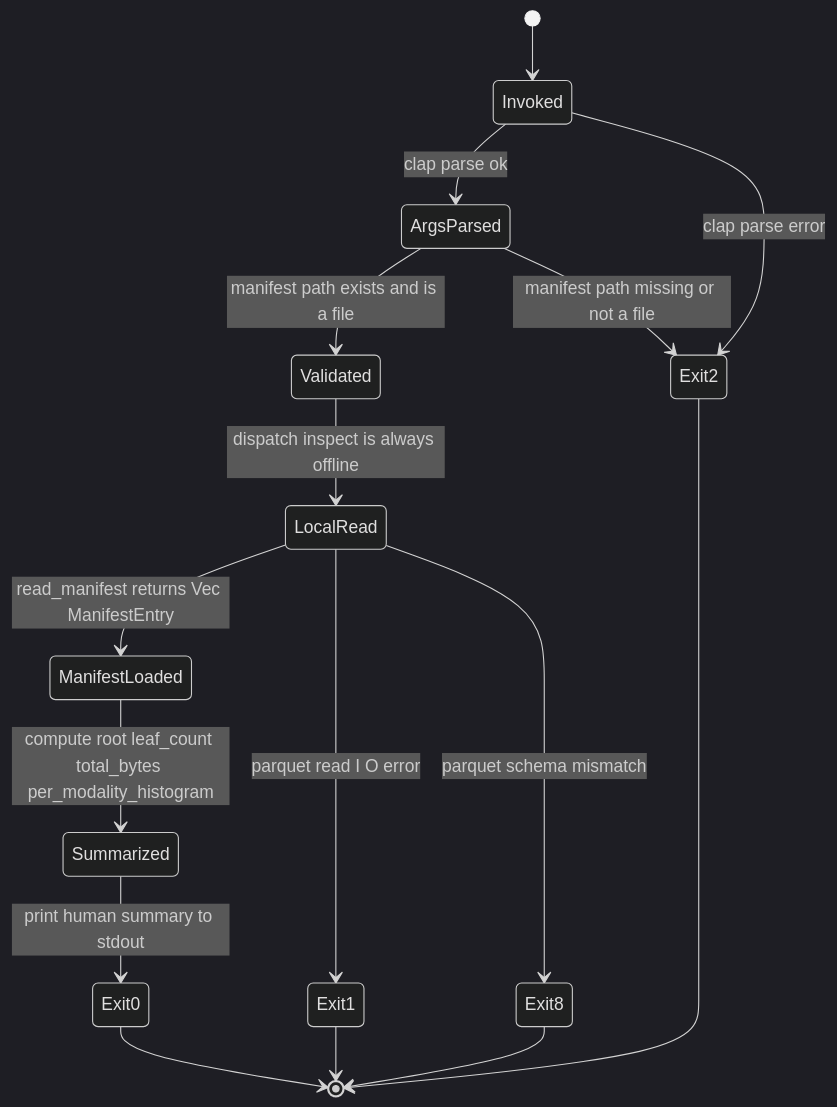
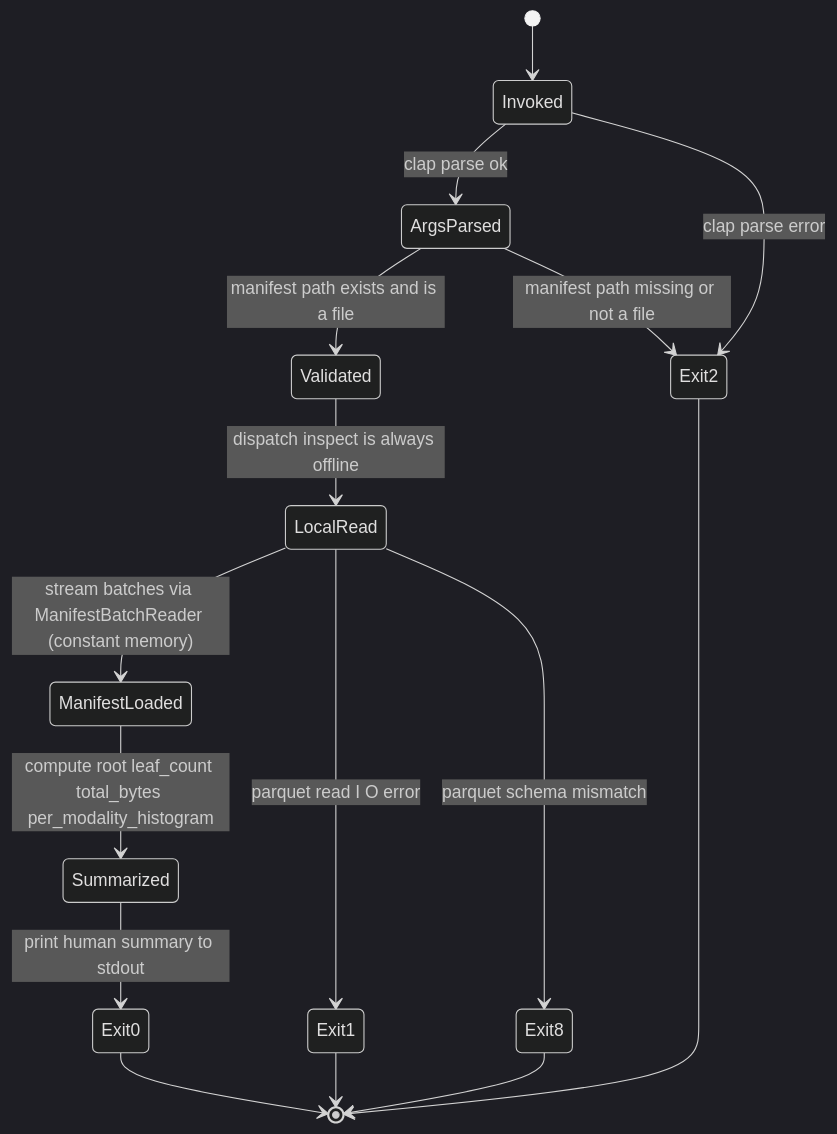
Before and after one commit to Attestrum/Attestrum: the diagram in docs/diagrams/sprint-3/attestrum-inspect-lifecycle.md, drawn with Mermaid (dark theme). The commit also changed other lines of this file and 5 other files, not shown here.

First line of the commit message:
fix(inspect): stream the manifest for the summary; pin fineweb10bt-publish cosign

````diff
--- a/docs/diagrams/sprint-3/attestrum-inspect-lifecycle.md
+++ b/docs/diagrams/sprint-3/attestrum-inspect-lifecycle.md
@@ -19,18 +19,18 @@
 ```mermaid
 stateDiagram-v2
     [*] --> Invoked
     Invoked --> ArgsParsed: clap parse ok
     Invoked --> Exit2: clap parse error
     ArgsParsed --> Validated: manifest path exists and is a file
     ArgsParsed --> Exit2: manifest path missing or not a file
     Validated --> LocalRead: dispatch inspect is always offline
-    LocalRead --> ManifestLoaded: read_manifest returns Vec ManifestEntry
+    LocalRead --> ManifestLoaded: stream batches via ManifestBatchReader (constant memory)
     LocalRead --> Exit1: parquet read I O error
     LocalRead --> Exit8: parquet schema mismatch
     ManifestLoaded --> Summarized: compute root leaf_count total_bytes per_modality_histogram
     Summarized --> Exit0: print human summary to stdout
     Exit0 --> [*]
     Exit1 --> [*]
     Exit2 --> [*]
     Exit8 --> [*]
 ```
````
